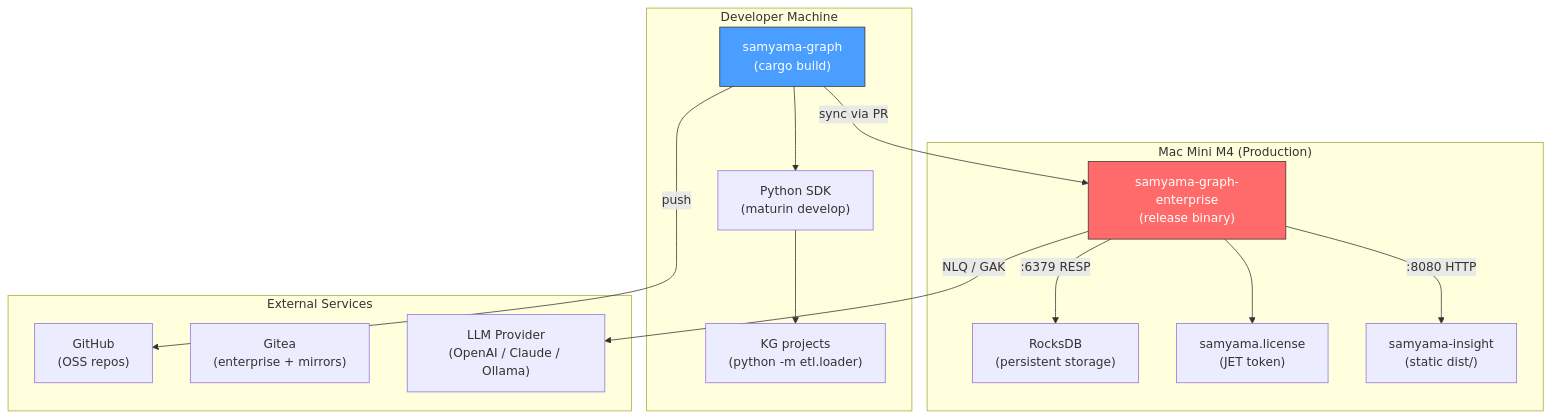
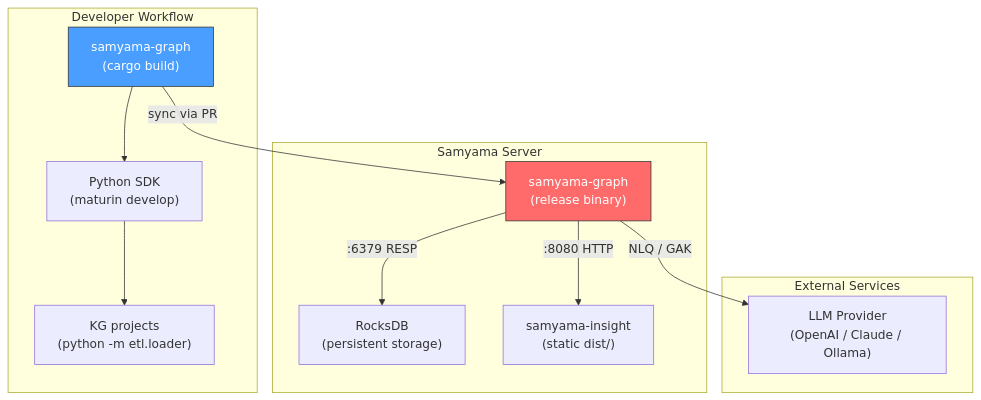
The seventh of 8 diagrams in src/ecosystem_architecture.md (samyama-ai/samyama-graph-book), drawn with Mermaid before and after one commit. The commit also changed other lines of this file, not shown here.

First line of the commit message:
docs: scrub private hosting details from ecosystem architecture

````diff
--- a/src/ecosystem_architecture.md
+++ b/src/ecosystem_architecture.md
@@ -542,32 +534,27 @@
 ```mermaid
 graph TB
-    subgraph "Mac Mini M4 (Production)"
-        SGE_BIN["samyama-graph-enterprise<br/>(release binary)"]
+    subgraph "Samyama Server"
+        SGE_BIN["samyama-graph<br/>(release binary)"]
         ROCKS["RocksDB<br/>(persistent storage)"]
-        LIC["samyama.license<br/>(JET token)"]
         SI_DIST["samyama-insight<br/>(static dist/)"]
     end
 
-    subgraph "Developer Machine"
+    subgraph "Developer Workflow"
         SG_DEV["samyama-graph<br/>(cargo build)"]
         PY_DEV["Python SDK<br/>(maturin develop)"]
         KG_DEV["KG projects<br/>(python -m etl.loader)"]
     end
 
     subgraph "External Services"
-        GH["GitHub<br/>(OSS repos)"]
-        GT["Gitea<br/>(enterprise + mirrors)"]
         LLM["LLM Provider<br/>(OpenAI / Claude / Ollama)"]
     end
 
     SGE_BIN -->|":6379 RESP"| ROCKS
     SGE_BIN -->|":8080 HTTP"| SI_DIST
-    SGE_BIN --> LIC
     SG_DEV -->|"sync via PR"| SGE_BIN
     SG_DEV --> PY_DEV --> KG_DEV
-    SG_DEV -->|"push"| GH
     SGE_BIN -->|"NLQ / GAK"| LLM
 
     style SGE_BIN fill:#ff6b6b,stroke:#333,color:#fff
     style SG_DEV fill:#4a9eff,stroke:#333,color:#fff
 ```
````
